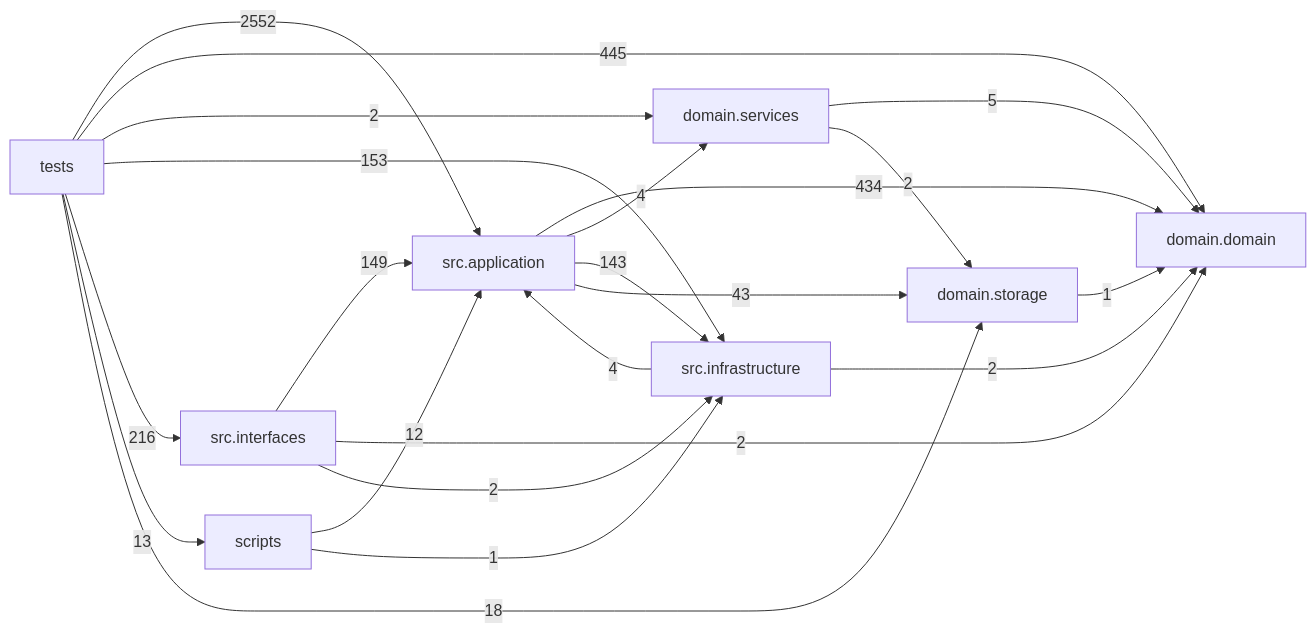
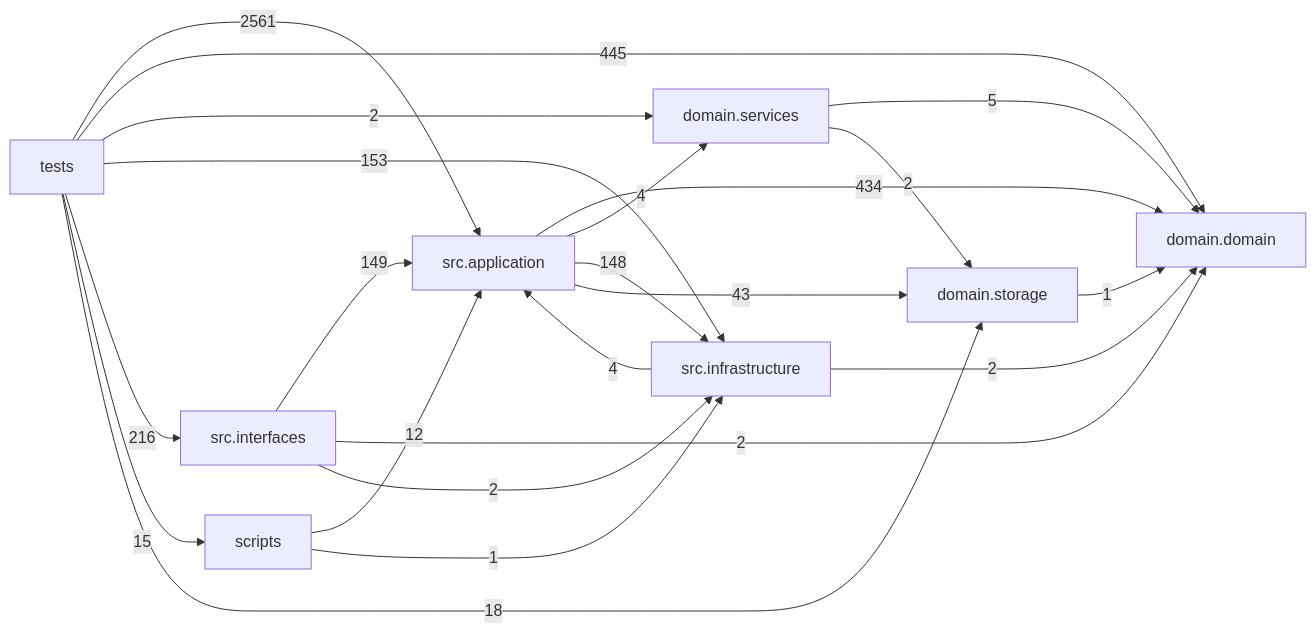
The diagram in docs/DEPENDENCY_GRAPH.md (liuxie066/options-monitor), drawn with Mermaid before and after one commit. The commit also changed other lines of this file and 128 other files, not shown here.

````diff
--- a/docs/DEPENDENCY_GRAPH.md
+++ b/docs/DEPENDENCY_GRAPH.md
@@ -24,32 +24,32 @@
 ```mermaid
 flowchart LR
   tests["tests"]
   scripts["scripts"]
   interfaces["src.interfaces"]
   application["src.application"]
   infrastructure["src.infrastructure"]
   domain_services["domain.services"]
   domain["domain.domain"]
   storage["domain.storage"]
   application -->|434| domain
   application -->|4| domain_services
-  application -->|143| infrastructure
+  application -->|148| infrastructure
   application -->|43| storage
   domain_services -->|5| domain
   domain_services -->|2| storage
   infrastructure -->|4| application
   infrastructure -->|2| domain
   interfaces -->|149| application
   interfaces -->|2| domain
   interfaces -->|2| infrastructure
   scripts -->|12| application
   scripts -->|1| infrastructure
   storage -->|1| domain
-  tests -->|2552| application
+  tests -->|2561| application
   tests -->|445| domain
   tests -->|2| domain_services
   tests -->|153| infrastructure
   tests -->|216| interfaces
-  tests -->|13| scripts
+  tests -->|15| scripts
   tests -->|18| storage
 ```
````
